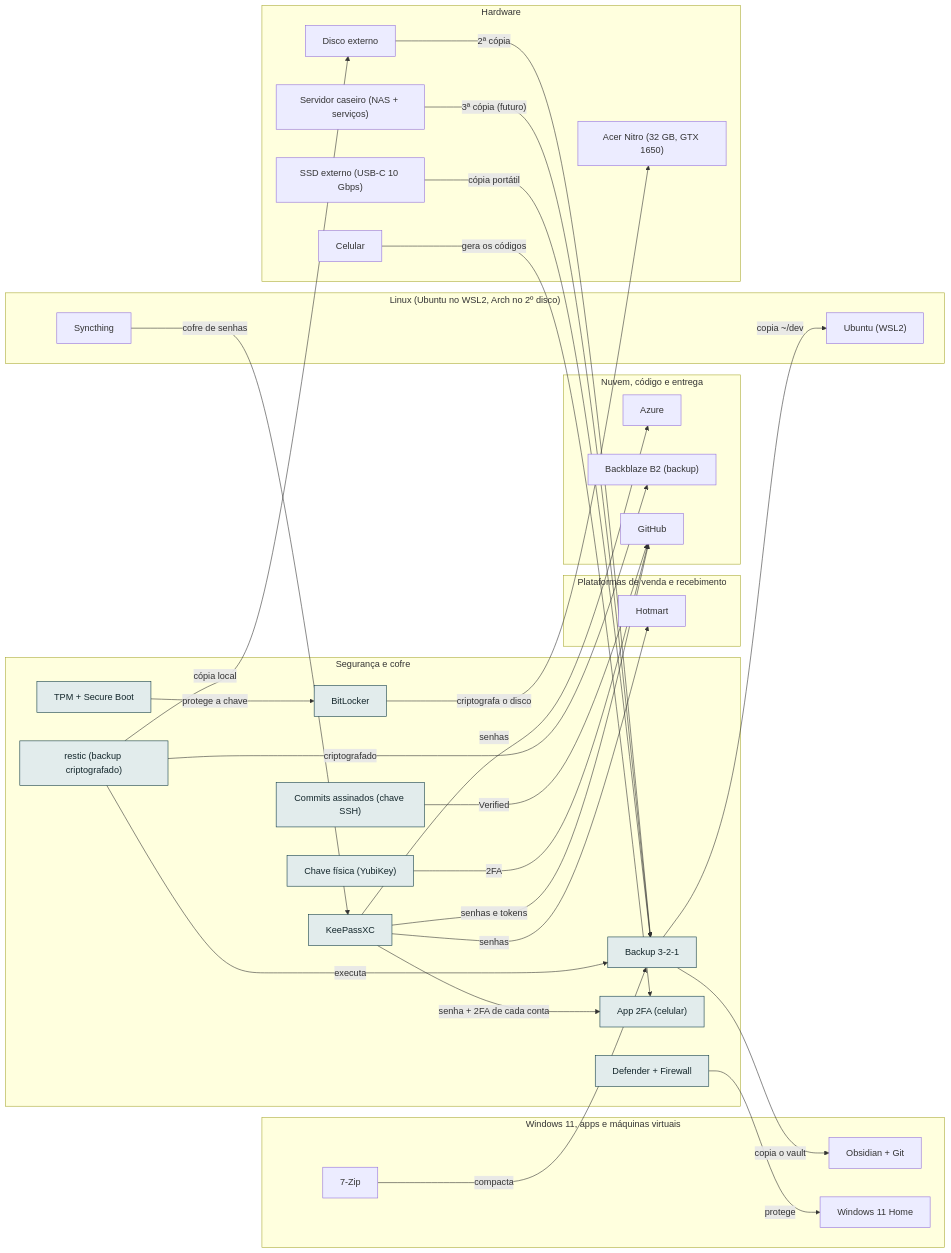
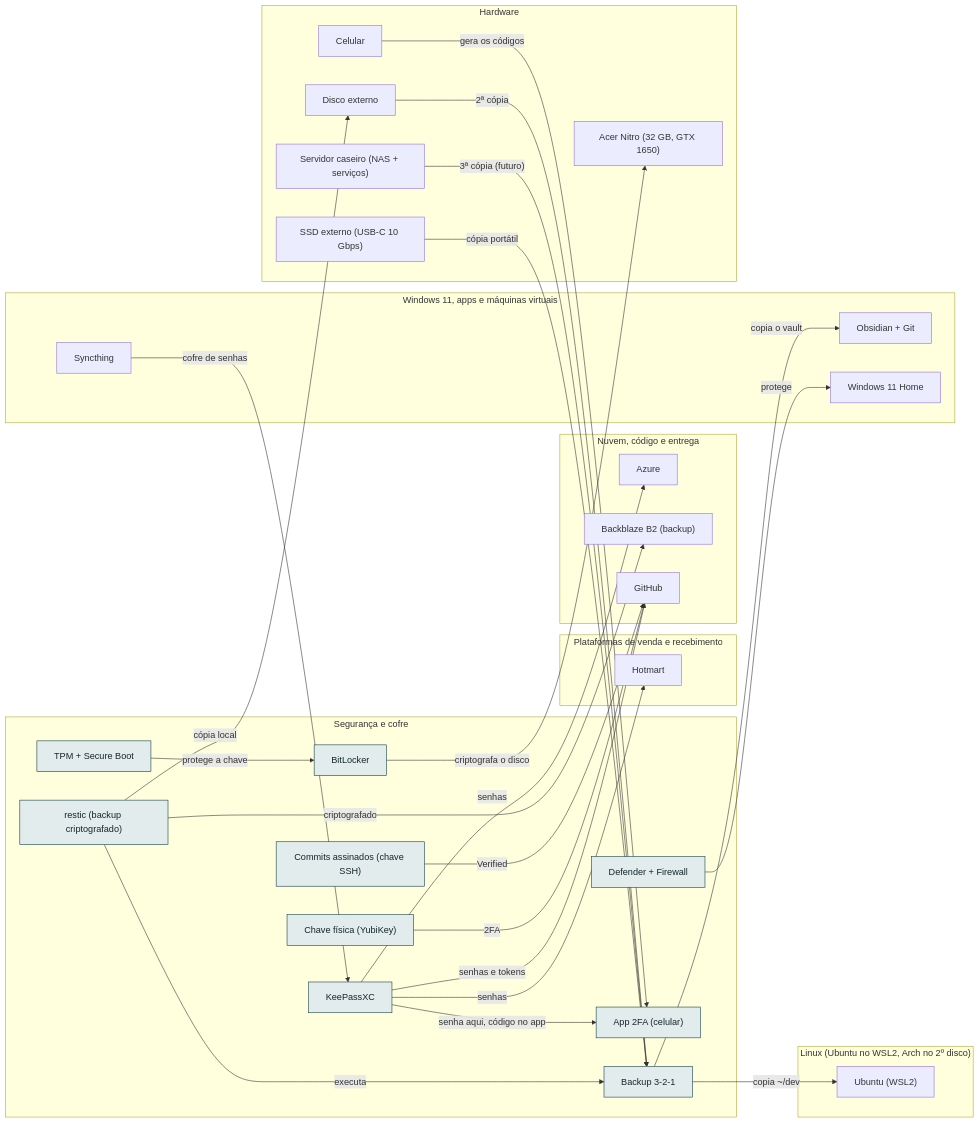
One commit to AlanMateus17/dev-setup changed the diagram in docs/camadas/02-seg.md. Above: the diagram before and after it, drawn with Mermaid. The commit also changed other lines of this file and 38 other files, not shown here.

````diff
--- a/docs/camadas/02-seg.md
+++ b/docs/camadas/02-seg.md
@@ -14,60 +14,58 @@
 ```mermaid
 flowchart LR
   subgraph L_seg["Segurança e cofre"]
     n_sign["Commits assinados (chave SSH)"]
     n_restic["restic (backup criptografado)"]
     n_ykey["Chave física (YubiKey)"]
     n_tpm["TPM + Secure Boot"]
     n_bitl["BitLocker"]
     n_def["Defender + Firewall"]
     n_kee["KeePassXC"]
     n_tfa["App 2FA (celular)"]
     n_bkp["Backup 3-2-1"]
   end
   subgraph L_venda["Plataformas de venda e recebimento"]
     n_hotm["Hotmart"]
   end
   subgraph L_nuvem["Nuvem, código e entrega"]
     n_azure["Azure"]
     n_b2["Backblaze B2 (backup)"]
     n_gh["GitHub"]
   end
   subgraph L_lin["Linux (Ubuntu no WSL2, Arch no 2º disco)"]
-    n_syncth["Syncthing"]
     n_wsl["Ubuntu (WSL2)"]
   end
   subgraph L_win["Windows 11, apps e máquinas virtuais"]
     n_obsd["Obsidian + Git"]
+    n_syncth["Syncthing"]
     n_w11["Windows 11 Home"]
-    n_zip["7-Zip"]
   end
   subgraph L_hw["Hardware"]
     n_cel["Celular"]
     n_ext["Disco externo"]
     n_nas["Servidor caseiro (NAS + serviços)"]
     n_nb["Acer Nitro (32 GB, GTX 1650)"]
     n_ssdext["SSD externo (USB-C 10 Gbps)"]
   end
   n_sign -->|"Verified"| n_gh
   n_restic -->|"cópia local"| n_ext
   n_restic -->|"executa"| n_bkp
   n_restic -->|"criptografado"| n_b2
   n_ykey -->|"2FA"| n_gh
   n_tpm -->|"protege a chave"| n_bitl
   n_bitl -->|"criptografa o disco"| n_nb
   n_def -->|"protege"| n_w11
-  n_kee -->|"senha + 2FA de cada conta"| n_tfa
+  n_kee -->|"senha aqui, código no app"| n_tfa
   n_kee -->|"senhas e tokens"| n_gh
   n_kee -->|"senhas"| n_hotm
   n_kee -->|"senhas"| n_azure
   n_syncth -->|"cofre de senhas"| n_kee
   n_cel -->|"gera os códigos"| n_tfa
   n_bkp -->|"copia ~/dev"| n_wsl
   n_bkp -->|"copia o vault"| n_obsd
   n_ext -->|"2ª cópia"| n_bkp
   n_nas -->|"3ª cópia (futuro)"| n_bkp
-  n_zip -->|"compacta"| n_bkp
   n_ssdext -->|"cópia portátil"| n_bkp
   classDef desta fill:#e2ecec,stroke:#0e3a45,color:#13262b
   class n_sign,n_restic,n_ykey,n_tpm,n_bitl,n_def,n_kee,n_tfa,n_bkp desta
 ```
````
